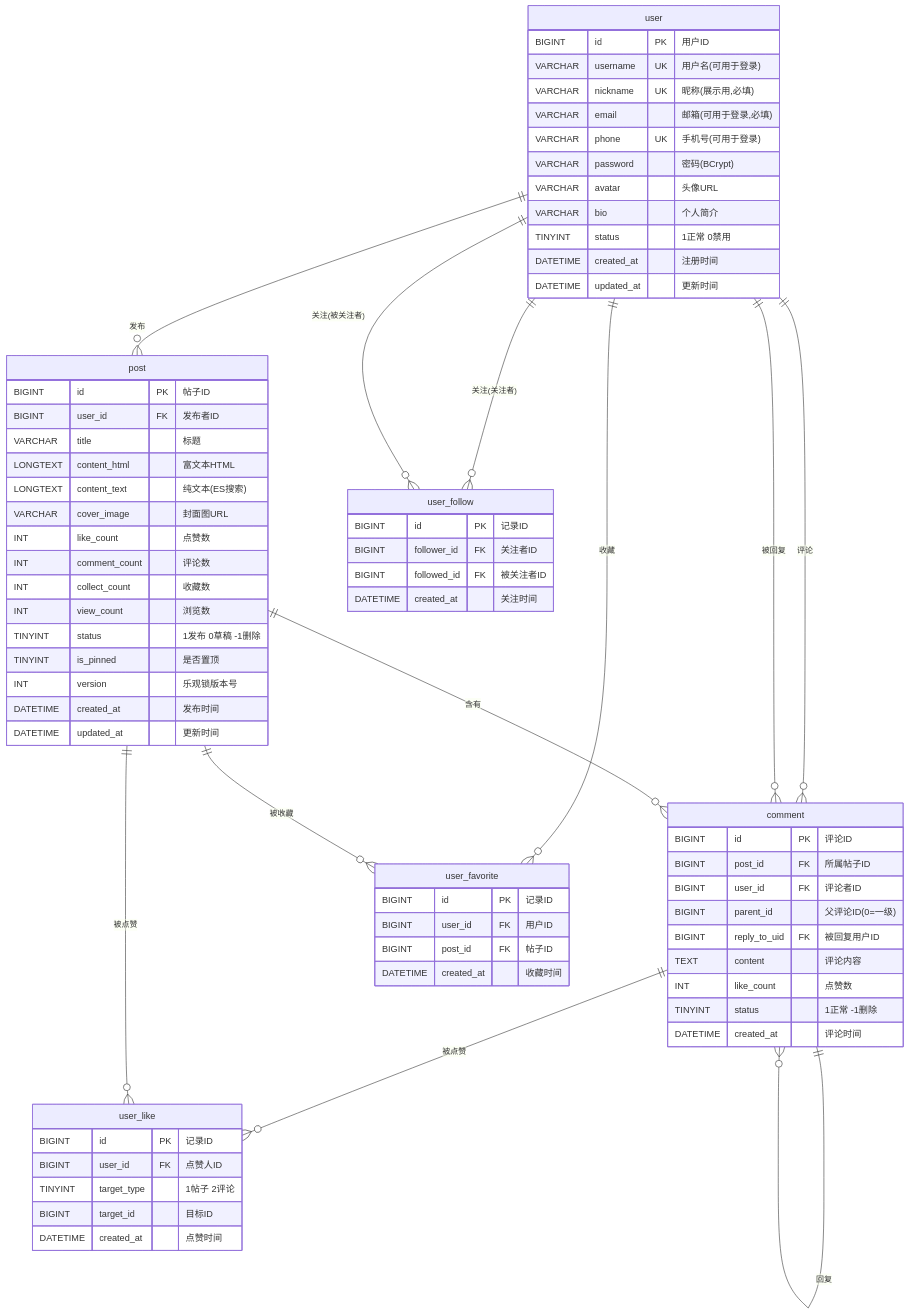
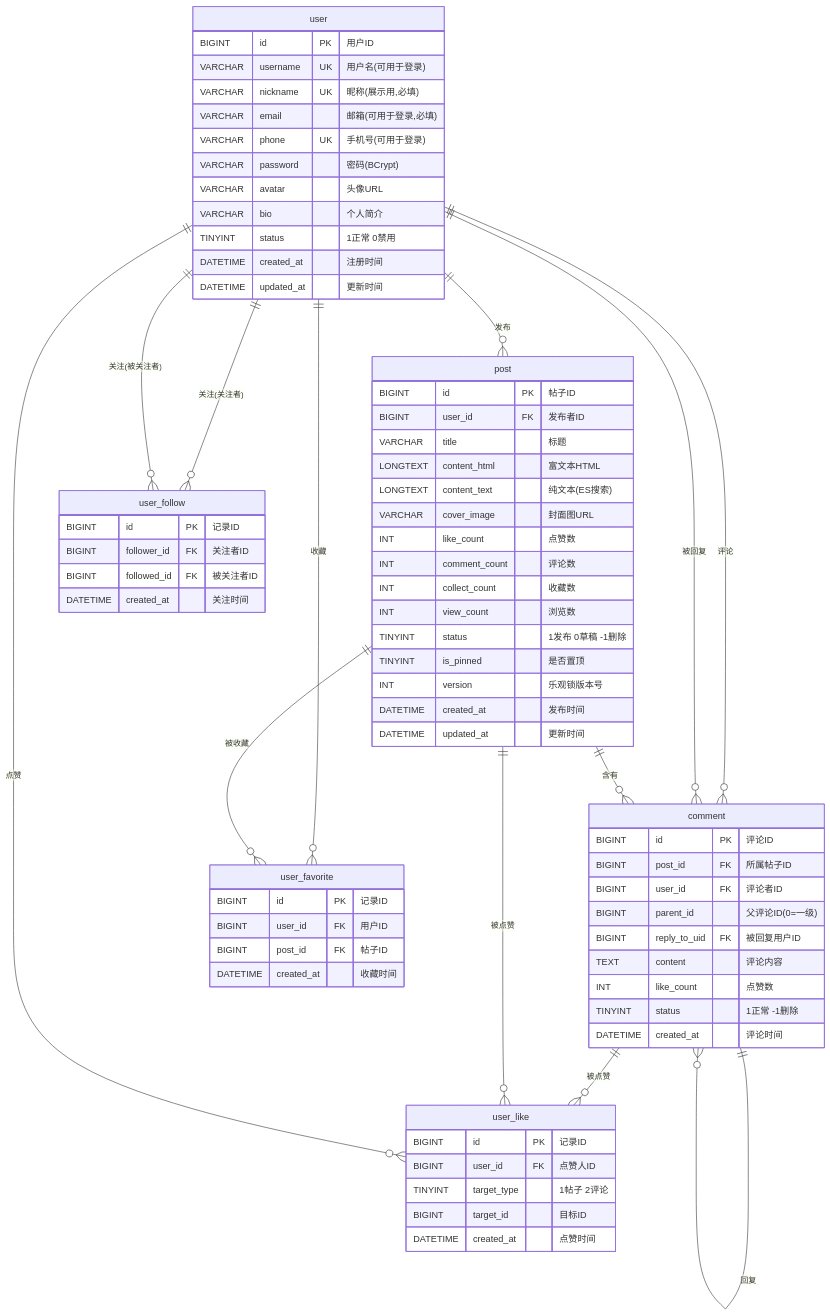
The diagram in docs/03-database-design.md (taciturn-hg/EchoSpace), drawn with Mermaid before and after one commit. The commit also changed 2 other files, not shown here.

Commit message:
docs: 补充数据库ER图用户点赞关系，更新开发计划和运行时版本说明

````diff
--- a/docs/03-database-design.md
+++ b/docs/03-database-design.md
@@ -223,80 +223,81 @@
 ```mermaid
 erDiagram
     user ||--o{ post : "发布"
     user ||--o{ comment : "评论"
     user ||--o{ user_favorite : "收藏"
     user ||--o{ user_follow : "关注(关注者)"
     user ||--o{ user_follow : "关注(被关注者)"
     user ||--o{ comment : "被回复"
     post ||--o{ comment : "含有"
     post ||--o{ user_favorite : "被收藏"
     comment ||--o{ comment : "回复"
     comment ||--o{ user_like : "被点赞"
     post ||--o{ user_like : "被点赞"
+    user ||--o{ user_like : "点赞"
 
     user {
         BIGINT id PK "用户ID"
         VARCHAR username UK "用户名(可用于登录)"
         VARCHAR nickname UK "昵称(展示用,必填)"
         VARCHAR email "邮箱(可用于登录,必填)"
         VARCHAR phone UK "手机号(可用于登录)"
         VARCHAR password "密码(BCrypt)"
         VARCHAR avatar "头像URL"
         VARCHAR bio "个人简介"
         TINYINT status "1正常 0禁用"
         DATETIME created_at "注册时间"
         DATETIME updated_at "更新时间"
     }
 
     post {
         BIGINT id PK "帖子ID"
         BIGINT user_id FK "发布者ID"
         VARCHAR title "标题"
         LONGTEXT content_html "富文本HTML"
         LONGTEXT content_text "纯文本(ES搜索)"
         VARCHAR cover_image "封面图URL"
         INT like_count "点赞数"
         INT comment_count "评论数"
         INT collect_count "收藏数"
         INT view_count "浏览数"
         TINYINT status "1发布 0草稿 -1删除"
         TINYINT is_pinned "是否置顶"
         INT version "乐观锁版本号"
         DATETIME created_at "发布时间"
         DATETIME updated_at "更新时间"
     }
 
     comment {
         BIGINT id PK "评论ID"
         BIGINT post_id FK "所属帖子ID"
         BIGINT user_id FK "评论者ID"
         BIGINT parent_id "父评论ID(0=一级)"
         BIGINT reply_to_uid FK "被回复用户ID"
         TEXT content "评论内容"
         INT like_count "点赞数"
         TINYINT status "1正常 -1删除"
         DATETIME created_at "评论时间"
     }
 
     user_like {
         BIGINT id PK "记录ID"
         BIGINT user_id FK "点赞人ID"
         TINYINT target_type "1帖子 2评论"
         BIGINT target_id "目标ID"
         DATETIME created_at "点赞时间"
     }
 
     user_favorite {
         BIGINT id PK "记录ID"
         BIGINT user_id FK "用户ID"
         BIGINT post_id FK "帖子ID"
         DATETIME created_at "收藏时间"
     }
 
     user_follow {
         BIGINT id PK "记录ID"
         BIGINT follower_id FK "关注者ID"
         BIGINT followed_id FK "被关注者ID"
         DATETIME created_at "关注时间"
     }
 ```
````
